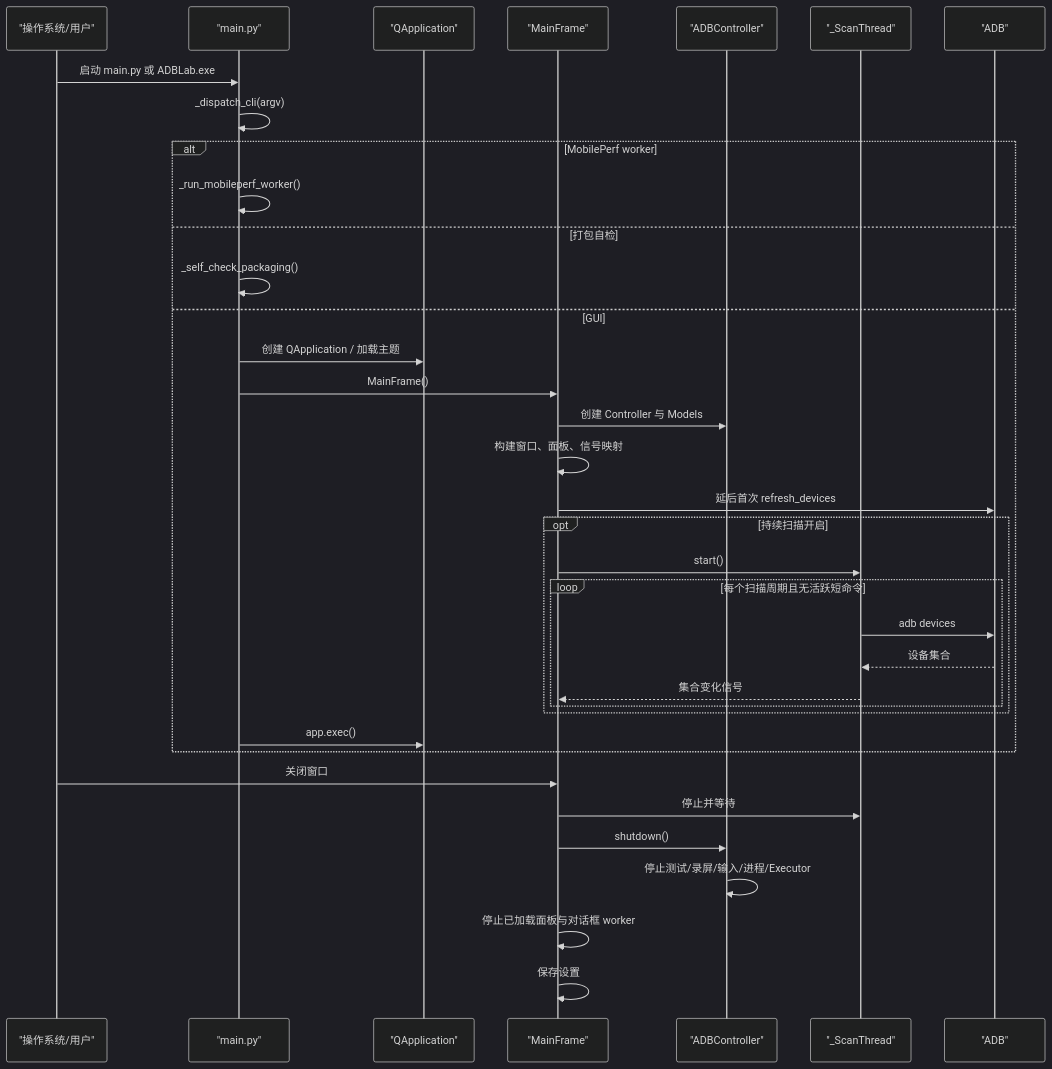
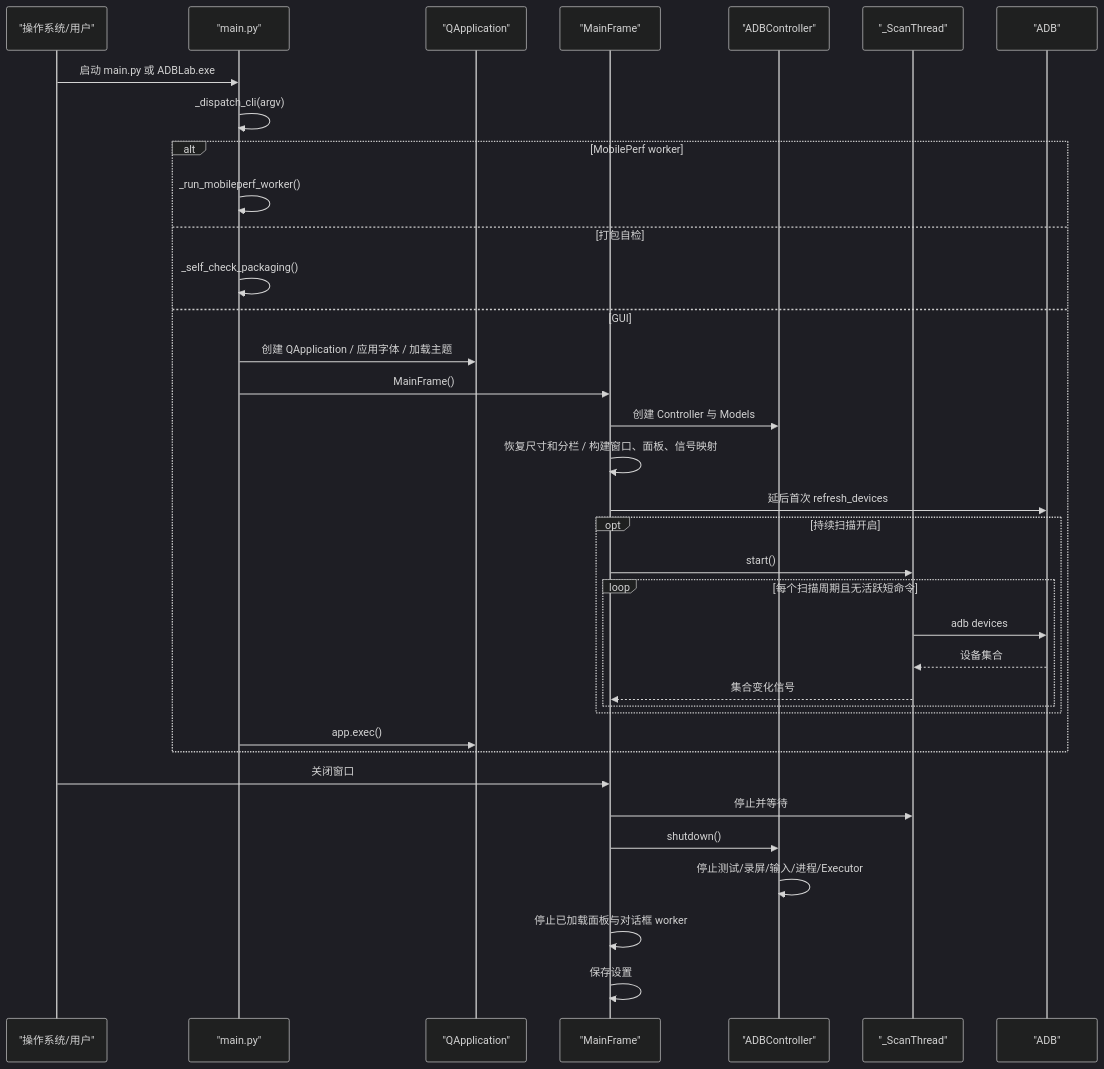
One commit to BlackHu-art/ADBLab changed the second of 2 diagrams in docs/project-knowledge/ARCHITECTURE.md. Above: the diagram before and after it, drawn with Mermaid (dark theme). The commit also changed other lines of this file and 41 other files, not shown here.

````diff
--- a/docs/project-knowledge/ARCHITECTURE.md
+++ b/docs/project-knowledge/ARCHITECTURE.md
@@ -88,39 +123,39 @@
 ```mermaid
 sequenceDiagram
     participant OS as "操作系统/用户"
     participant Main as "main.py"
     participant Qt as "QApplication"
     participant MF as "MainFrame"
     participant C as "ADBController"
     participant Scan as "_ScanThread"
     participant ADB as "ADB"
 
     OS->>Main: 启动 main.py 或 ADBLab.exe
     Main->>Main: _dispatch_cli(argv)
     alt MobilePerf worker
         Main->>Main: _run_mobileperf_worker()
     else 打包自检
         Main->>Main: _self_check_packaging()
     else GUI
-        Main->>Qt: 创建 QApplication / 加载主题
+        Main->>Qt: 创建 QApplication / 应用字体 / 加载主题
         Main->>MF: MainFrame()
         MF->>C: 创建 Controller 与 Models
-        MF->>MF: 构建窗口、面板、信号映射
+        MF->>MF: 恢复尺寸和分栏 / 构建窗口、面板、信号映射
         MF->>ADB: 延后首次 refresh_devices
         opt 持续扫描开启
             MF->>Scan: start()
             loop 每个扫描周期且无活跃短命令
                 Scan->>ADB: adb devices
                 ADB-->>Scan: 设备集合
                 Scan-->>MF: 集合变化信号
             end
         end
         Main->>Qt: app.exec()
     end
     OS->>MF: 关闭窗口
     MF->>Scan: 停止并等待
     MF->>C: shutdown()
     C->>C: 停止测试/录屏/输入/进程/Executor
     MF->>MF: 停止已加载面板与对话框 worker
     MF->>MF: 保存设置
 ```
````
